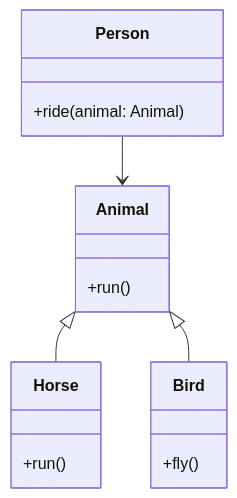
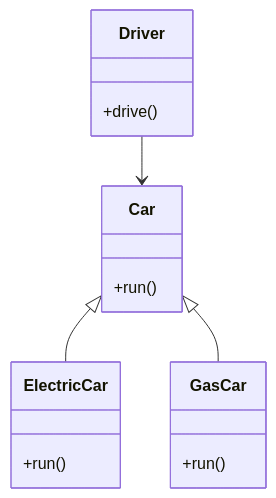
Before and after one commit to hughxusu/lesson-py: the third of 3 diagrams in c-class/2-特性.md, drawn with Mermaid. The commit also changed other lines of this file, not shown here.

````diff
--- a/c-class/2-特性.md
+++ b/c-class/2-特性.md
@@ -396,19 +408,19 @@
 ```mermaid
 classDiagram
-		Animal <|-- Horse
-		Animal <|-- Bird
-		Person --> Animal
-    class Animal {
+		Car <|-- ElectricCar
+		Car <|-- GasCar
+		Driver --> Car
+    class Car {
     	+run()
     }
-    class Horse {
+    class ElectricCar {
     	+run()
     }
-    class Bird {
-    	+fly()
+    class GasCar {
+    	+run()
     }
     
-    class Person {
-    	+ride(animal: Animal)
+    class Driver {
+    	+drive()
     }
 ```
````
